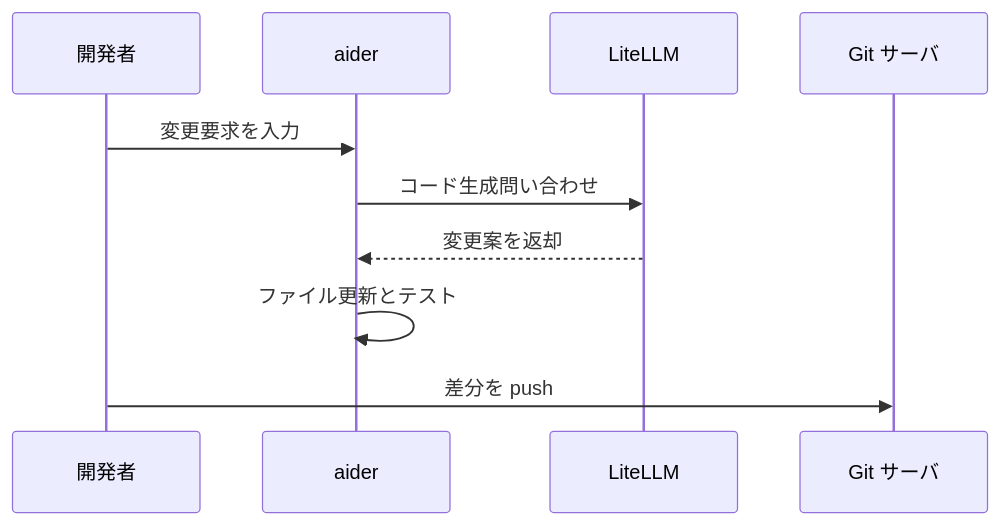
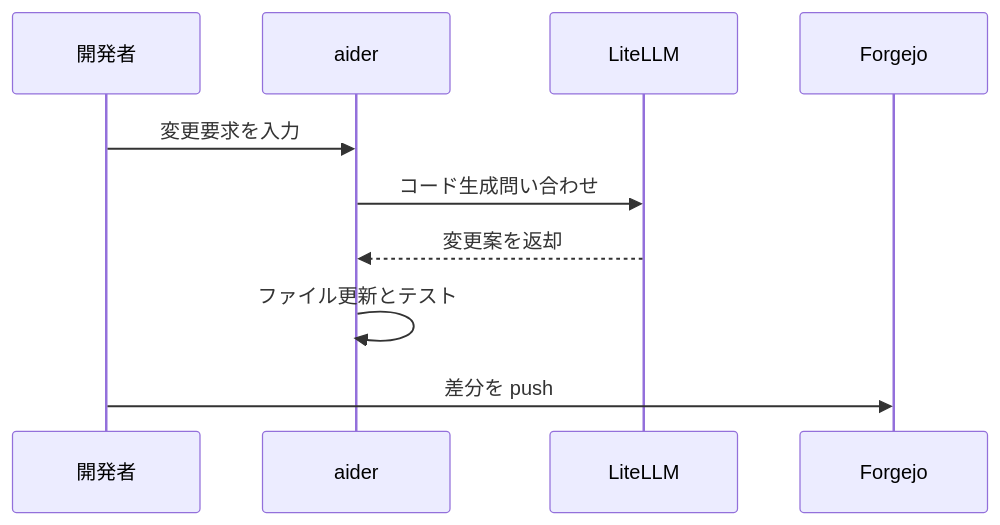
One commit to BossApe/lo-vibe changed the first of 2 diagrams in _document/001.提案・要求仕様フェーズ/002.インフラ構成案/002-04.aider.md. Above: the diagram before and after it, drawn with Mermaid. The commit also changed other lines of this file and 38 other files, not shown here.

````diff
--- a/_document/001.提案・要求仕様フェーズ/002.インフラ構成案/002-04.aider.md
+++ b/_document/001.提案・要求仕様フェーズ/002.インフラ構成案/002-04.aider.md
@@ -43,12 +43,12 @@
 ```mermaid
 sequenceDiagram
     participant Dev as 開発者
     participant A as aider
     participant L as LiteLLM
-    participant Git as Git サーバ
+    participant Git as Forgejo
     Dev->>A: 変更要求を入力
     A->>L: コード生成問い合わせ
     L-->>A: 変更案を返却
     A->>A: ファイル更新とテスト
     Dev->>Git: 差分を push
 ```
````
